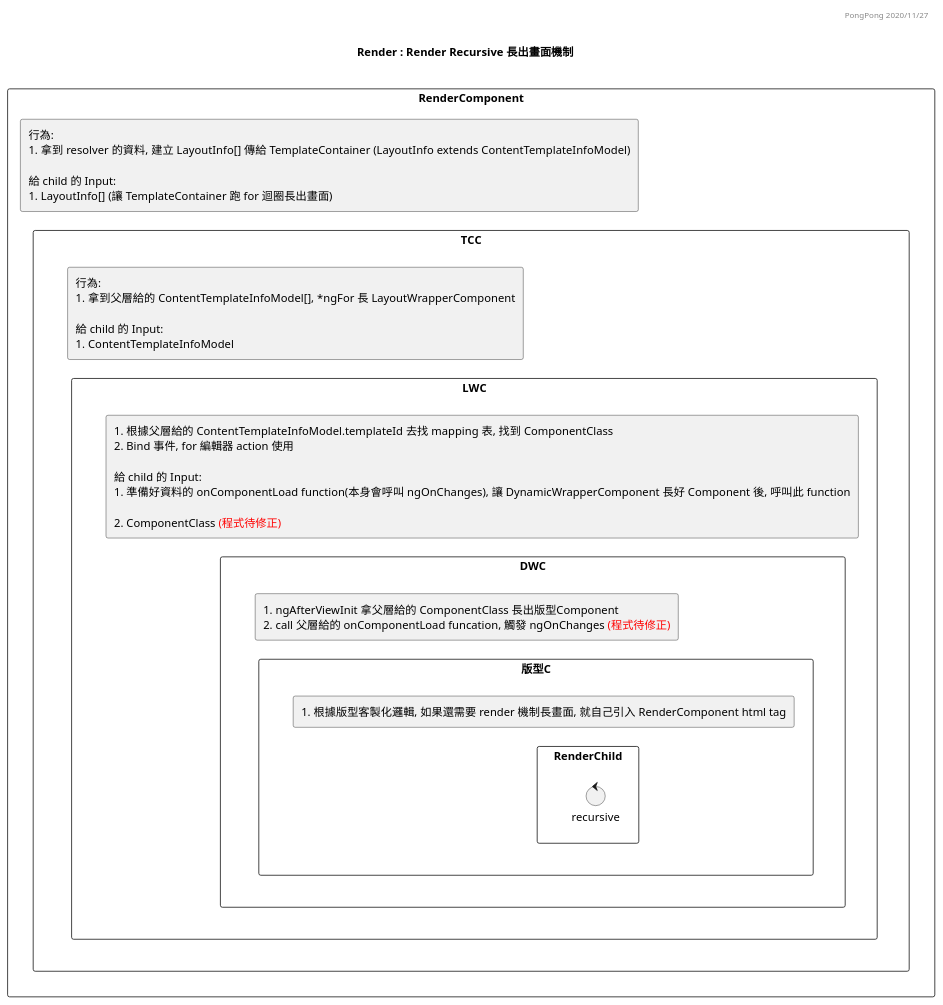
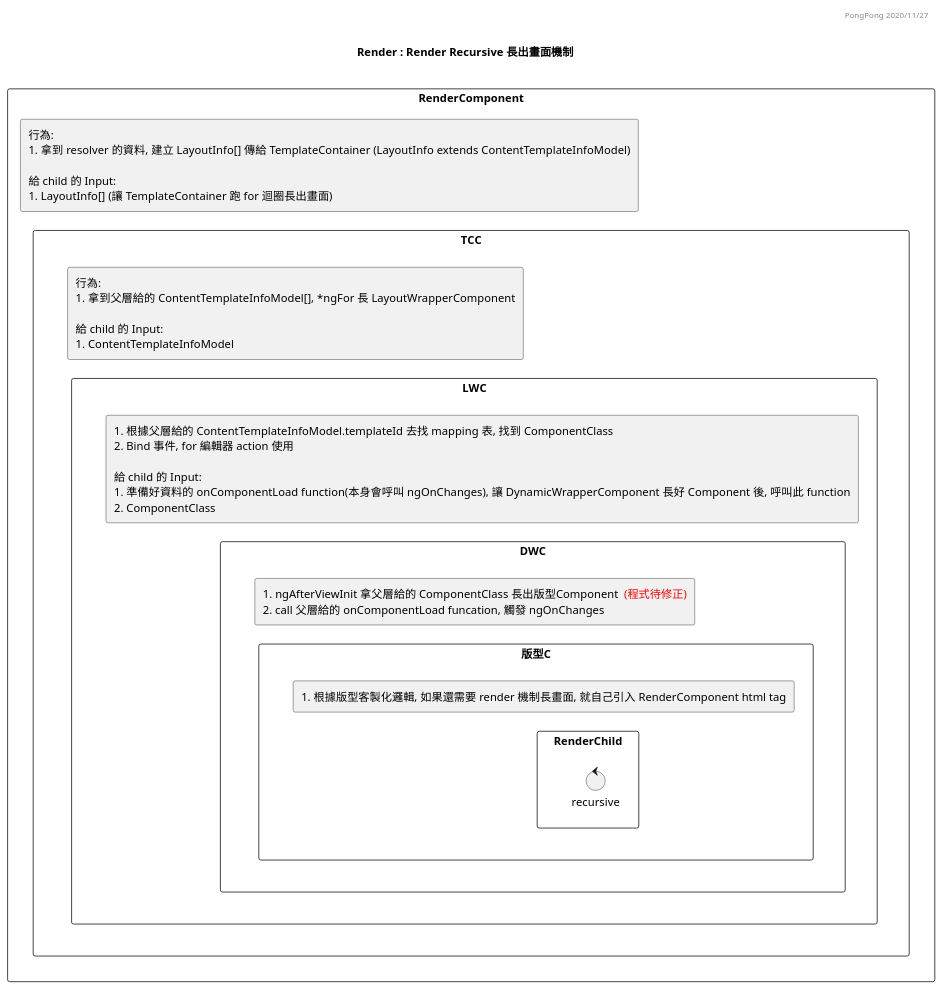
Before and after one commit to jef15938/CMS-4.0_FE-githubActions: the diagram in cms/diagram/render/renderRecursive.wsd, drawn with PlantUML.

Commit message:
update renderRecursive Diagram

```diff
--- a/cms/diagram/render/renderRecursive.wsd
+++ b/cms/diagram/render/renderRecursive.wsd
@@ -1,65 +1,64 @@
 @startuml
 Title \nRender : Render Recursive 長出畫面機制\n
 
 header
 PongPong 2020/11/27
 end header
 
 skinparam componentStyle rectangle
 
 rectangle "RenderComponent" as Render {
   component RenderFunc [
     行為:
     1. 拿到 resolver 的資料, 建立 LayoutInfo[] 傳給 TemplateContainer (LayoutInfo extends ContentTemplateInfoModel)
     
     給 child 的 Input:
     1. LayoutInfo[] (讓 TemplateContainer 跑 for 迴圈長出畫面)
   ]
   RenderFunc -[hidden]-> TCC
 
   rectangle "TemplatesContainerComponent" as TCC {
     component TCCFunc [
       行為:
       1. 拿到父層給的 ContentTemplateInfoModel[], *ngFor 長 LayoutWrapperComponent
       
       給 child 的 Input:
       1. ContentTemplateInfoModel
     ]
     TCCFunc -[hidden]-> LWC
 
     rectangle "LayoutWrapperComponent" as LWC {
        component LWCFunc [
         1. 根據父層給的 ContentTemplateInfoModel.templateId 去找 mapping 表, 找到 ComponentClass
         2. Bind 事件, for 編輯器 action 使用
 
         給 child 的 Input:
         1. 準備好資料的 onComponentLoad function(本身會呼叫 ngOnChanges), 讓 DynamicWrapperComponent 長好 Component 後, 呼叫此 function
-       
-        2. ComponentClass <color:Red>(程式待修正)</color>
+        2. ComponentClass
       ]
       LWCFunc -[hidden]-> DWC
 
       rectangle "DynamicWrapperComponent" as DWC {
         component DWCFunc [
-          1. ngAfterViewInit 拿父層給的 ComponentClass 長出版型Component
-          2. call 父層給的 onComponentLoad funcation, 觸發 ngOnChanges <color:Red>(程式待修正)</color>
+          1. ngAfterViewInit 拿父層給的 ComponentClass 長出版型Component  <color:Red>(程式待修正)</color>
+          2. call 父層給的 onComponentLoad funcation, 觸發 ngOnChanges
         ]
         DWCFunc -[hidden]-> 版型C
 
         rectangle "版型Component" as 版型C {
           component 版型CFunc [
             1. 根據版型客製化邏輯, 如果還需要 render 機制長畫面, 就自己引入 RenderComponent html tag
           ]
           版型CFunc -[hidden]-> RenderChild
 
           rectangle "(如果需要的話)\nRenderComponent..." as RenderChild {
             control "recursive"
           }
         }
       }
     }
       
   }
 }
 
 @enduml
```
